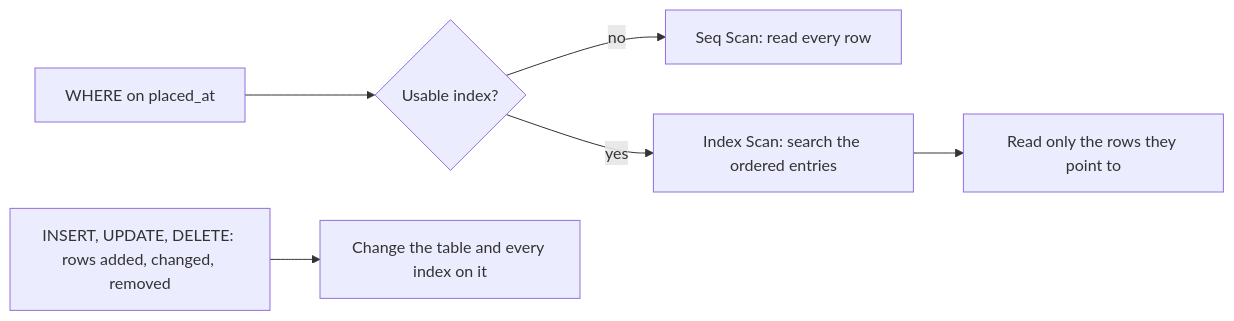
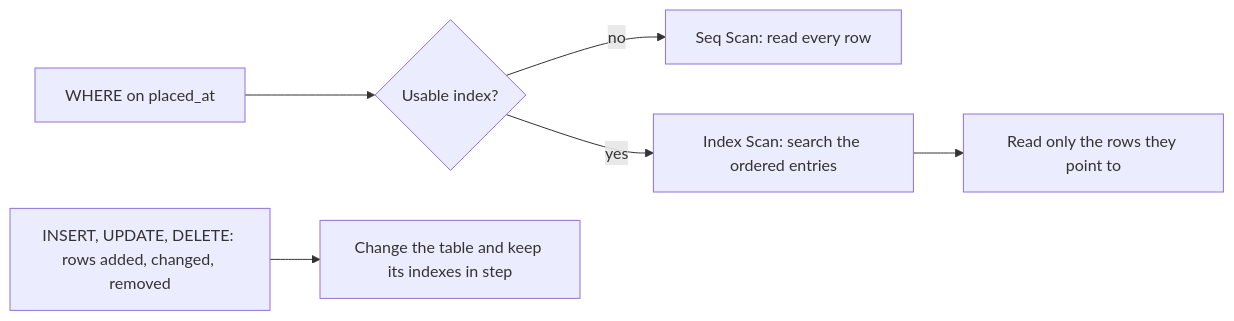
Before and after one commit to duyan11110/lo-trinh-architect: the diagram in content/tracks/foundation/data-sql/foundation.l1.sql-index-intro.en.md, drawn with Mermaid. The commit also changed other lines of this file and 314 other files, not shown here.

````diff
--- a/content/tracks/foundation/data-sql/foundation.l1.sql-index-intro.en.md
+++ b/content/tracks/foundation/data-sql/foundation.l1.sql-index-intro.en.md
@@ -40,8 +40,8 @@
 ```mermaid
 flowchart LR
   Q[WHERE on placed_at] --> P{Usable index?}
   P -->|no| S[Seq Scan: read every row]
   P -->|yes| I[Index Scan: search the ordered entries]
   I --> F[Read only the rows they point to]
-  W["INSERT, UPDATE, DELETE: rows added, changed, removed"] --> K[Change the table and every index on it]
+  W["INSERT, UPDATE, DELETE: rows added, changed, removed"] --> K[Change the table and keep its indexes in step]
 ```
````
